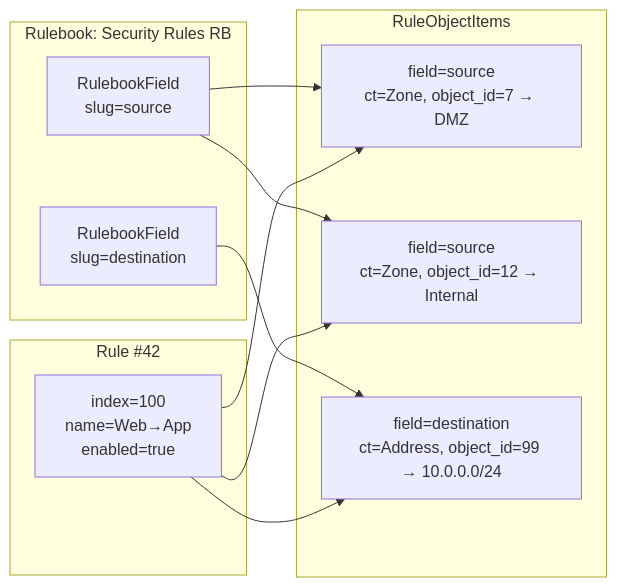
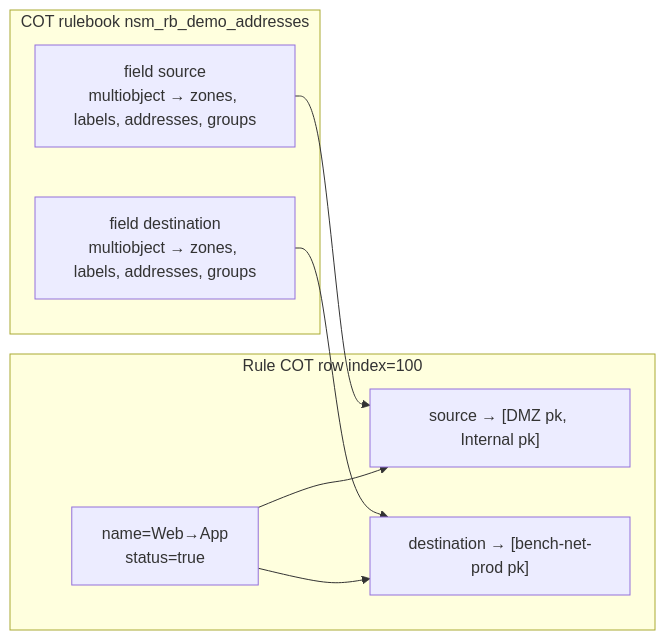
One commit to christianbur/netbox-nsm changed the third of 5 diagrams in docs/RULE_DATA_STORAGE.md. Above: the diagram before and after it, drawn with Mermaid. The commit also changed other lines of this file and 276 other files, not shown here.

````diff
--- a/docs/RULE_DATA_STORAGE.md
+++ b/docs/RULE_DATA_STORAGE.md
@@ -126,24 +109,18 @@
 ```mermaid
 flowchart LR
-    subgraph rulebook["Rulebook: Security Rules RB"]
-        F1["RulebookField<br/>slug=source"]
-        F2["RulebookField<br/>slug=destination"]
+    subgraph cot["COT rulebook nsm_rb_demo_addresses"]
+        F1["field source<br/>multiobject → zones, labels, addresses, groups"]
+        F2["field destination<br/>multiobject → zones, labels, addresses, groups"]
     end
 
-    subgraph rule["Rule #42"]
-        R["index=100<br/>name=Web→App<br/>enabled=true"]
+    subgraph rule["Rule COT row index=100"]
+        R["name=Web→App<br/>status=true"]
+        S1["source → [DMZ pk, Internal pk]"]
+        S2["destination → [bench-net-prod pk]"]
     end
 
-    subgraph items["RuleObjectItems"]
-        I1["field=source<br/>ct=Zone, object_id=7 → DMZ"]
-        I2["field=source<br/>ct=Zone, object_id=12 → Internal"]
-        I3["field=destination<br/>ct=Address, object_id=99 → 10.0.0.0/24"]
-    end
-
-    F1 --> I1
-    F1 --> I2
-    F2 --> I3
-    R --> I1
-    R --> I2
-    R --> I3
+    F1 --> S1
+    F2 --> S2
+    R --> S1
+    R --> S2
 ```
````
